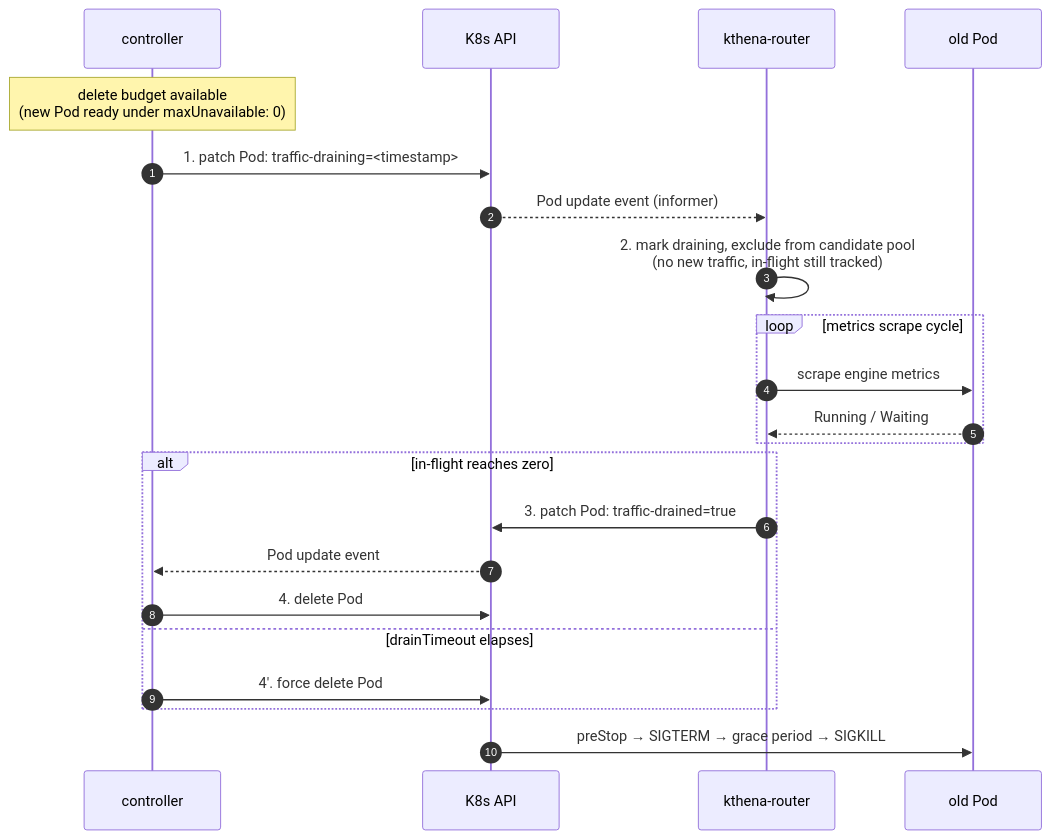
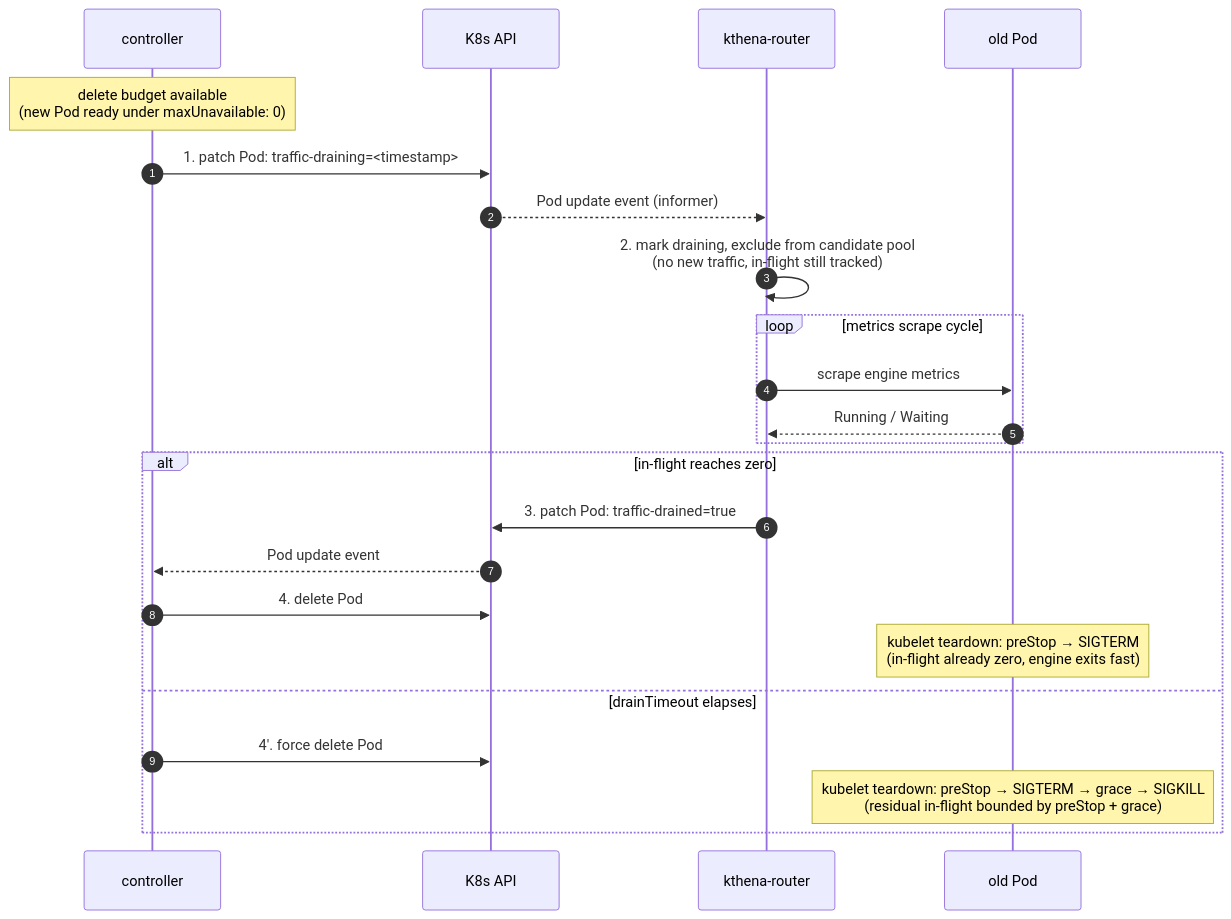
One commit to volcano-sh/kthena changed the diagram in docs/proposal/modelserving-lossless-upgrade.md. Above: the diagram before and after it, drawn with Mermaid.

Commit message:
docs(proposal): differentiate teardown semantics in the drain sequence diagram
Move the kubelet teardown line into each alt branch: after a drained delete
SIGTERM exits fast (in-flight already zero), after a force delete residual
in-flight is bounded by preStop + grace. Wording only.

````diff
--- a/docs/proposal/modelserving-lossless-upgrade.md
+++ b/docs/proposal/modelserving-lossless-upgrade.md
@@ -86,25 +86,26 @@
 ```mermaid
 sequenceDiagram
     autonumber
     participant C as controller
     participant A as K8s API
     participant R as kthena-router
     participant P as old Pod
 
     Note over C: delete budget available<br/>(new Pod ready under maxUnavailable: 0)
     C->>A: 1. patch Pod: traffic-draining=<timestamp>
     A-->>R: Pod update event (informer)
     R->>R: 2. mark draining, exclude from candidate pool<br/>(no new traffic, in-flight still tracked)
     loop metrics scrape cycle
         R->>P: scrape engine metrics
         P-->>R: Running / Waiting
     end
     alt in-flight reaches zero
         R->>A: 3. patch Pod: traffic-drained=true
         A-->>C: Pod update event
         C->>A: 4. delete Pod
+        Note over P: kubelet teardown: preStop → SIGTERM<br/>(in-flight already zero, engine exits fast)
     else drainTimeout elapses
         C->>A: 4'. force delete Pod
+        Note over P: kubelet teardown: preStop → SIGTERM → grace → SIGKILL<br/>(residual in-flight bounded by preStop + grace)
     end
-    A->>P: preStop → SIGTERM → grace period → SIGKILL
 ```
````
